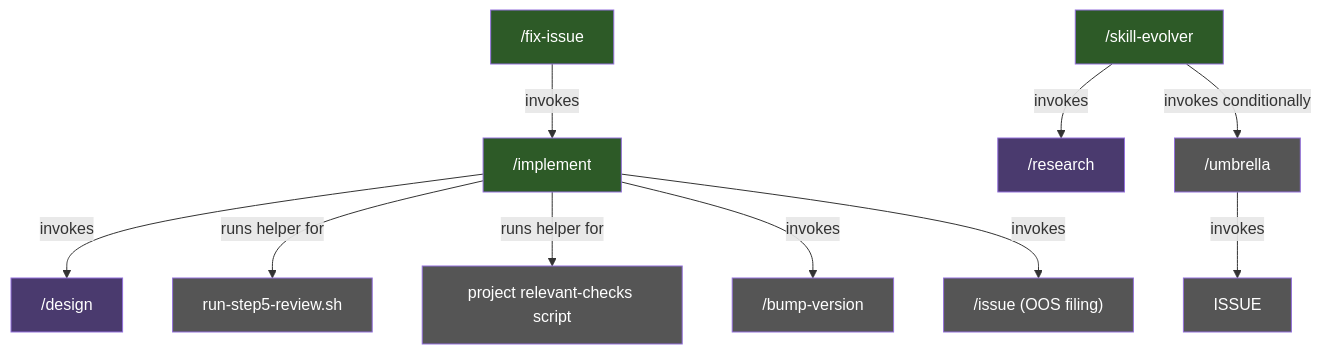
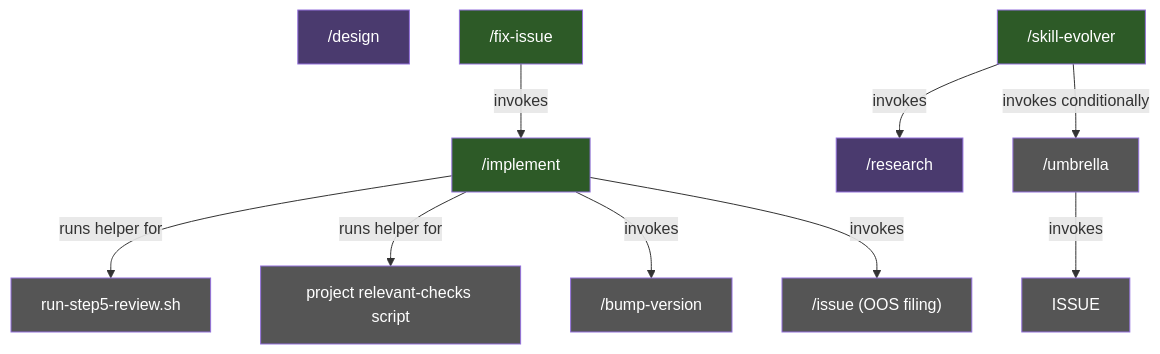
One commit to character-ai/larch changed the first of 3 diagrams in docs/workflow-lifecycle.md. Above: the diagram before and after it, drawn with Mermaid. The commit also changed other lines of this file and 4 other files, not shown here.

First line of the commit message:
docs: align consumer docs with issue-anchored /design + /implement split

````diff
--- a/docs/workflow-lifecycle.md
+++ b/docs/workflow-lifecycle.md
@@ -9,24 +9,24 @@
 ```mermaid
 graph TD
-    IMPLEMENT["/implement"] -->|invokes| DESIGN["/design"]
-    IMPLEMENT -->|runs helper for| STEP5["run-step5-review.sh"]
+    DESIGN["/design"]
+    IMPLEMENT["/implement"] -->|runs helper for| STEP5["run-step5-review.sh"]
     IMPLEMENT -->|runs helper for| CHECKS["project relevant-checks script"]
     IMPLEMENT -->|invokes| BUMP["/bump-version"]
     IMPLEMENT -->|invokes| ISSUE_OOS["/issue (OOS filing)"]
     FIX["/fix-issue"] -->|invokes| IMPLEMENT
     EVOLVER["/skill-evolver"] -->|invokes| RESEARCH["/research"]
     EVOLVER -->|invokes conditionally| UMBRELLA["/umbrella"]
     UMBRELLA -->|invokes| ISSUE
 
     style IMPLEMENT fill:#2d5a27,color:#fff
     style FIX fill:#2d5a27,color:#fff
     style EVOLVER fill:#2d5a27,color:#fff
     style DESIGN fill:#4a3a6e,color:#fff
     style STEP5 fill:#555,color:#fff
     style RESEARCH fill:#4a3a6e,color:#fff
     style UMBRELLA fill:#555,color:#fff
     style CHECKS fill:#555,color:#fff
     style BUMP fill:#555,color:#fff
     style ISSUE fill:#555,color:#fff
     style ISSUE_OOS fill:#555,color:#fff
 ```
````
